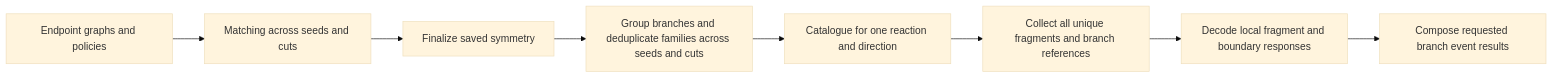
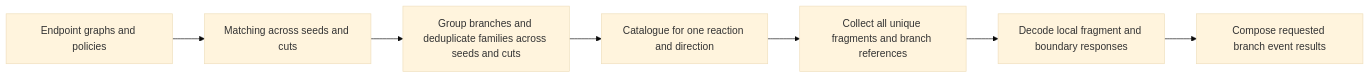
One commit to yunhzou/MAPPA-AAM changed the first of 6 diagrams in design.md. Above: the diagram before and after it, drawn with Mermaid (base theme). The commit also changed other lines of this file and 117 other files, not shown here.

````diff
--- a/design.md
+++ b/design.md
@@ -11,10 +11,9 @@
 ```mermaid
 flowchart LR
     Input[Endpoint graphs and policies] --> Matching[Matching across seeds and cuts]
-    Matching --> Finalize[Finalize saved symmetry]
-    Finalize --> Reduce[Group branches and deduplicate families across seeds and cuts]
+    Matching --> Reduce[Group branches and deduplicate families across seeds and cuts]
     Reduce --> Catalogue[Catalogue for one reaction and direction]
     Catalogue --> Inventory[Collect all unique fragments and branch references]
     Inventory --> Local[Decode local fragment and boundary responses]
     Local --> Compose[Compose requested branch event results]
 ```
````
